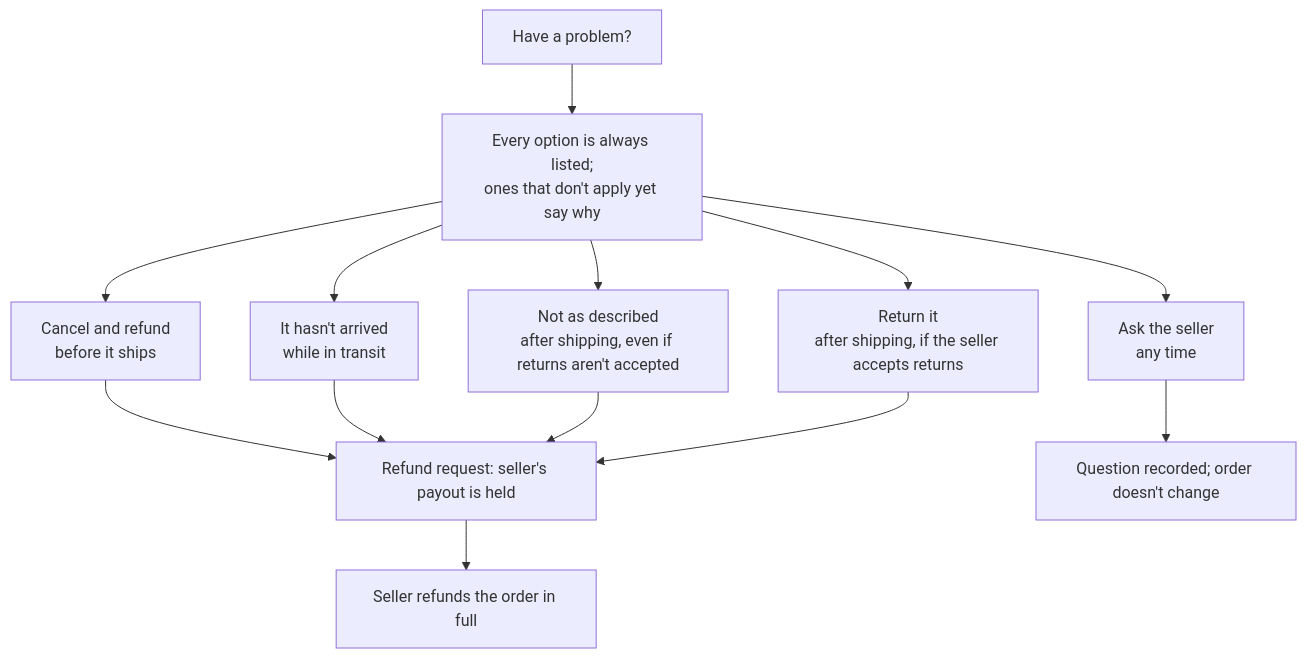
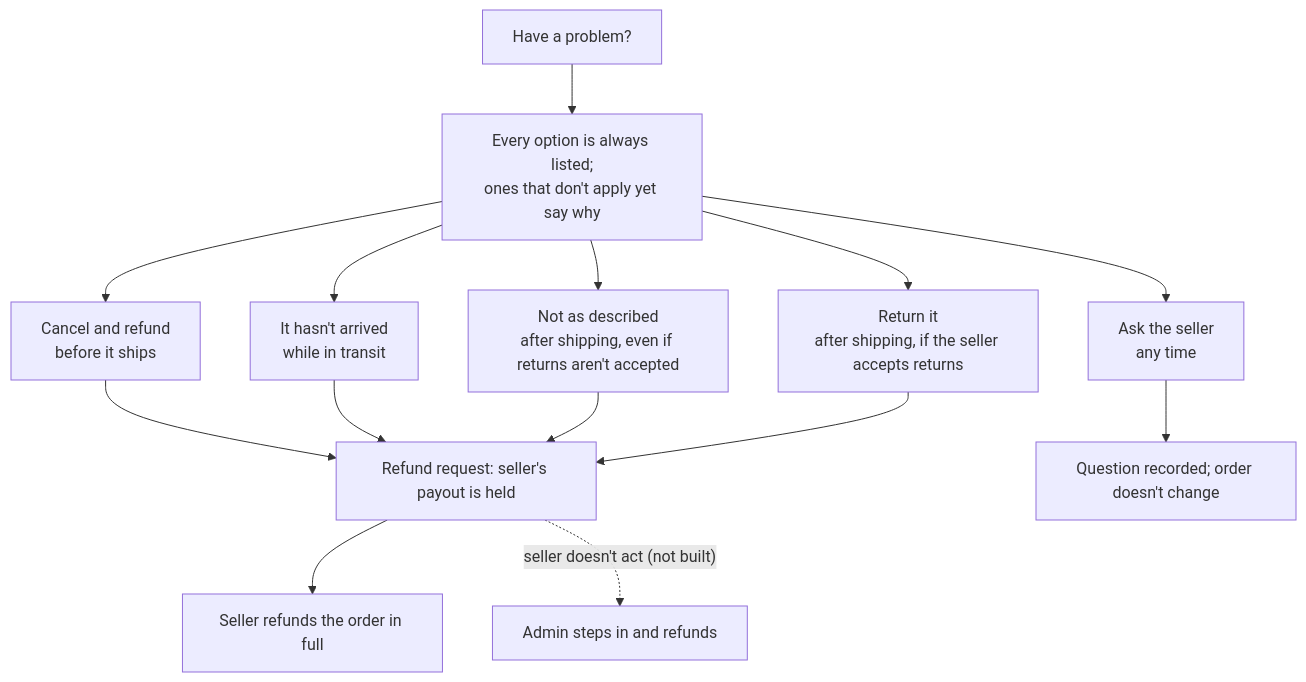
The sixth of 8 diagrams in README.md (jamespotash0/juspay-prototype), drawn with Mermaid before and after one commit. The commit also changed other lines of this file and 3 other files, not shown here.

Commit message:
Hide the admin account from sign-in and the account switcher; README notes admin as the out-of-scope backup when a seller doesn't act

````diff
--- a/README.md
+++ b/README.md
@@ -166,12 +165,13 @@
 ```mermaid
 flowchart TD
   Q["Have a problem?"] --> M["Every option is always listed;<br/>ones that don't apply yet say why"]
   M --> C1["Cancel and refund<br/>before it ships"]
   M --> C2["It hasn't arrived<br/>while in transit"]
   M --> C3["Not as described<br/>after shipping, even if returns aren't accepted"]
   M --> C4["Return it<br/>after shipping, if the seller accepts returns"]
   M --> C5["Ask the seller<br/>any time"]
   C1 & C2 & C3 & C4 --> RR["Refund request: seller's payout is held"]
   RR --> SR["Seller refunds the order in full"]
+  RR -. "seller doesn't act (not built)" .-> AD["Admin steps in and refunds"]
   C5 --> QN["Question recorded; order doesn't change"]
 ```
````
